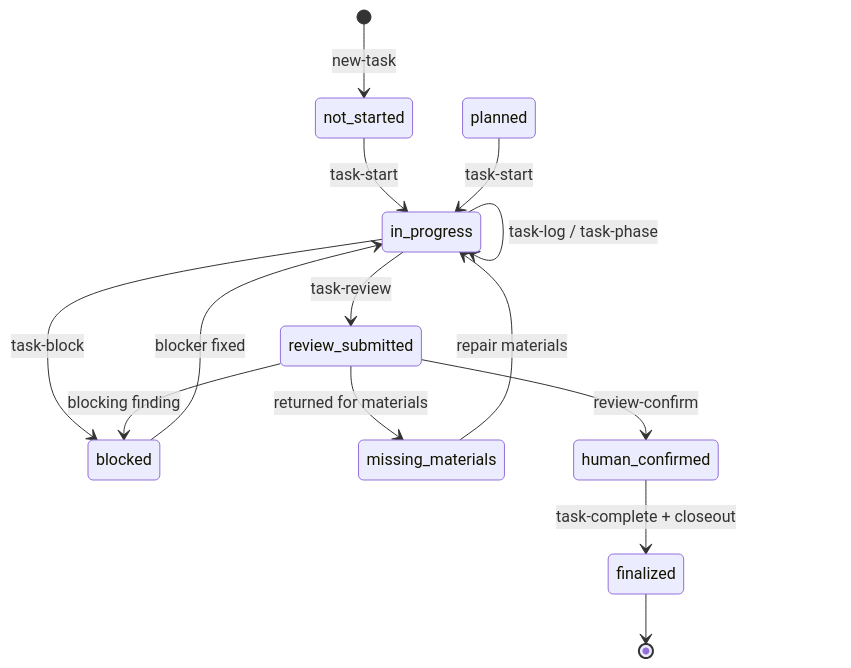
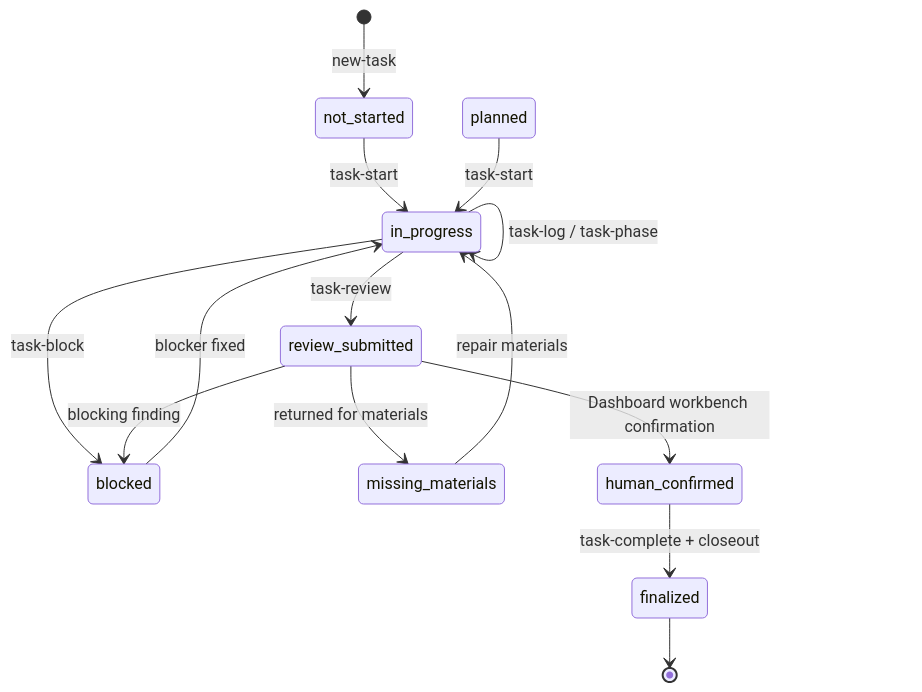
Before and after one commit to FairladyZ625/coding-agent-harness: the first of 4 diagrams in docs-release/guides/task-state-machine.en-US.md, drawn with Mermaid. The commit also changed other lines of this file and 33 other files, not shown here.

Commit message:
fix: route review confirmation through dashboard

````diff
--- a/docs-release/guides/task-state-machine.en-US.md
+++ b/docs-release/guides/task-state-machine.en-US.md
@@ -19,16 +19,16 @@
 ```mermaid
 stateDiagram-v2
   [*] --> not_started: new-task
   not_started --> in_progress: task-start
   planned --> in_progress: task-start
   in_progress --> in_progress: task-log / task-phase
   in_progress --> blocked: task-block
   blocked --> in_progress: blocker fixed
   in_progress --> review_submitted: task-review
   review_submitted --> missing_materials: returned for materials
   missing_materials --> in_progress: repair materials
   review_submitted --> blocked: blocking finding
-  review_submitted --> human_confirmed: review-confirm
+  review_submitted --> human_confirmed: Dashboard workbench confirmation
   human_confirmed --> finalized: task-complete + closeout
   finalized --> [*]
 ```
````
